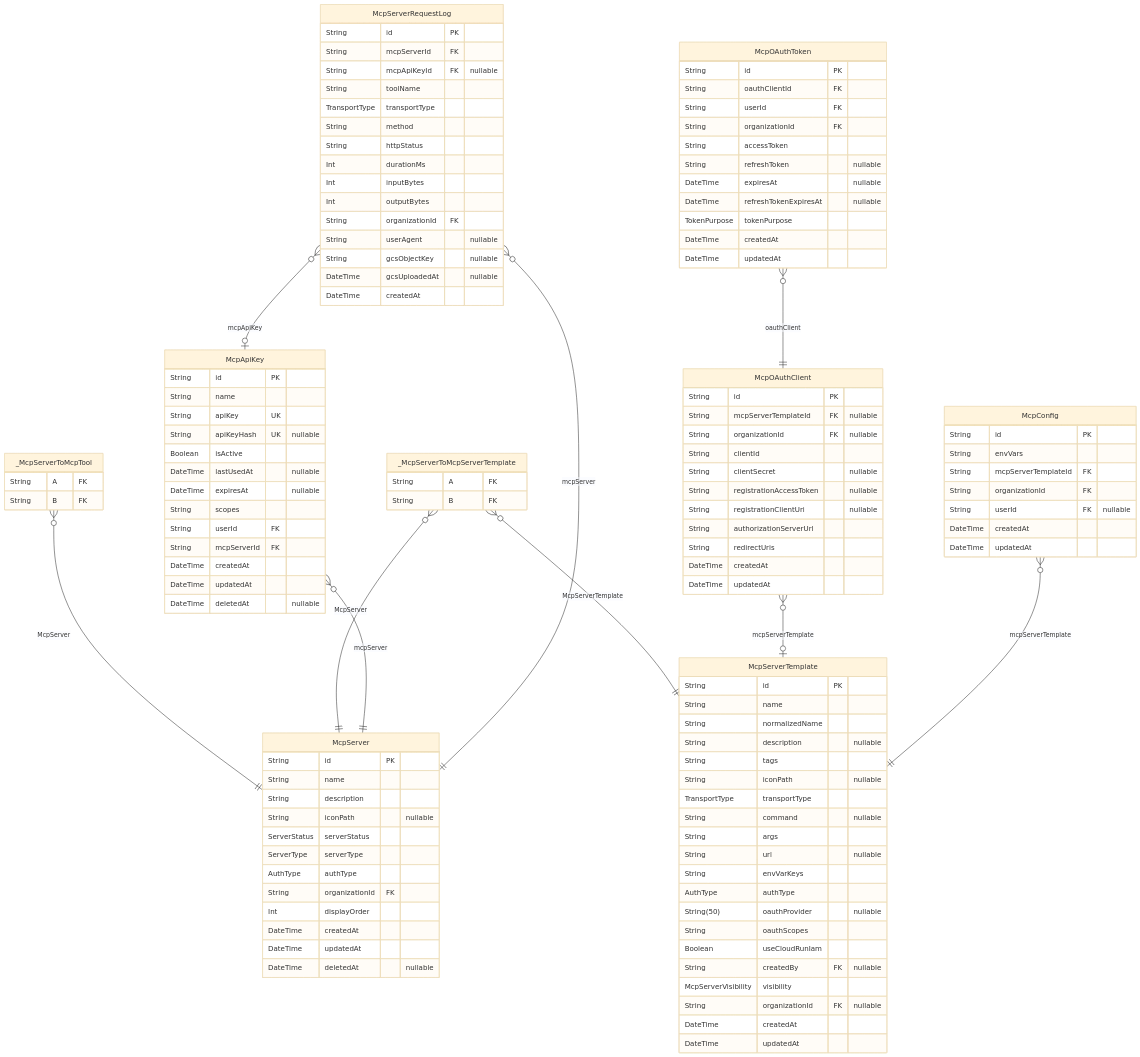
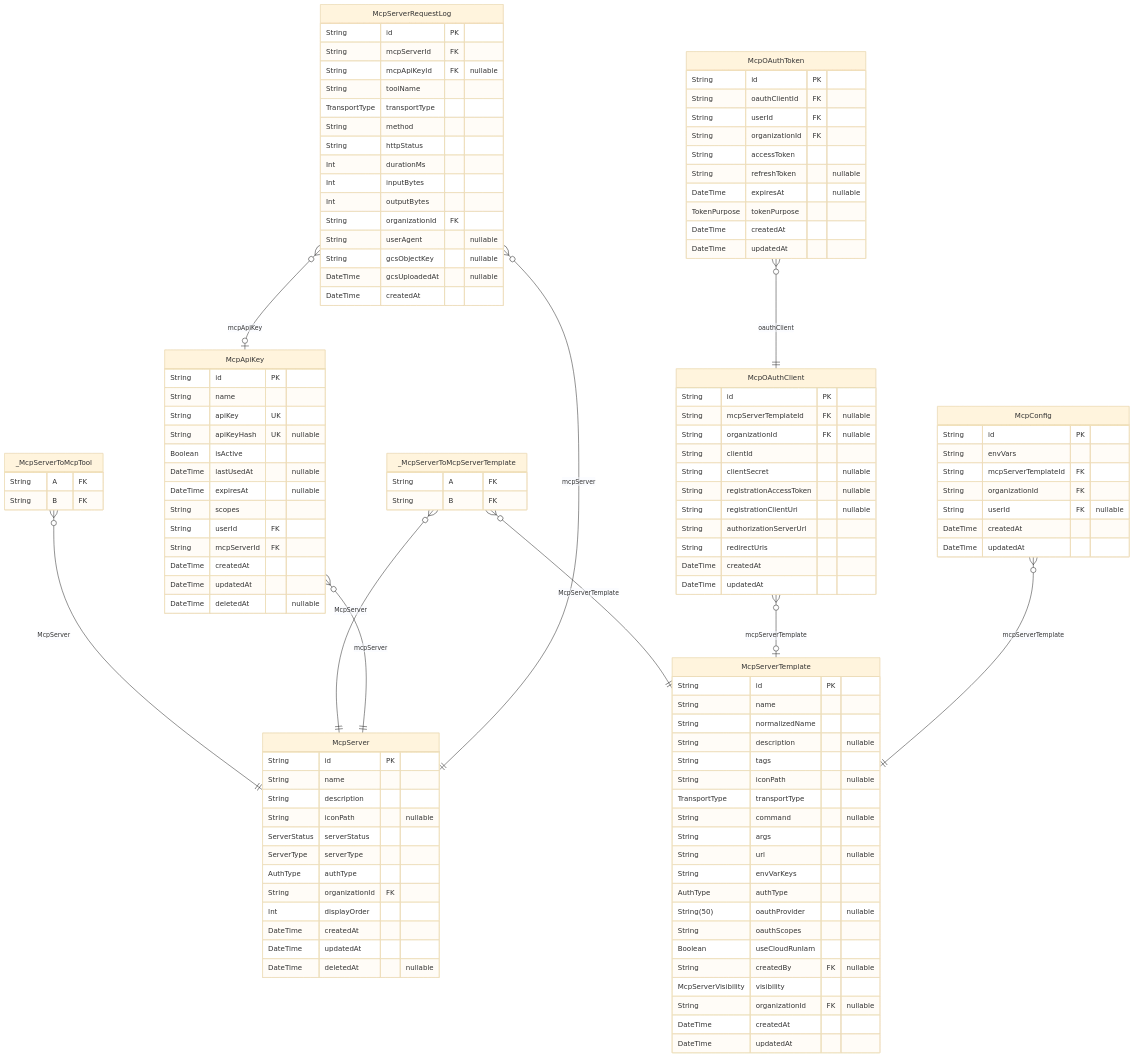
Before and after one commit to rayven122/tumiki: the fourth of 6 diagrams in packages/db/prisma/README.md, drawn with Mermaid (base theme). The commit also changed other lines of this file and 9 other files, not shown here.

```diff
--- a/packages/db/prisma/README.md
+++ b/packages/db/prisma/README.md
@@ -565,7 +565,6 @@
   String accessToken
   String refreshToken "nullable"
   DateTime expiresAt "nullable"
-  DateTime refreshTokenExpiresAt "nullable"
   TokenPurpose tokenPurpose
   DateTime createdAt
   DateTime updatedAt
```
